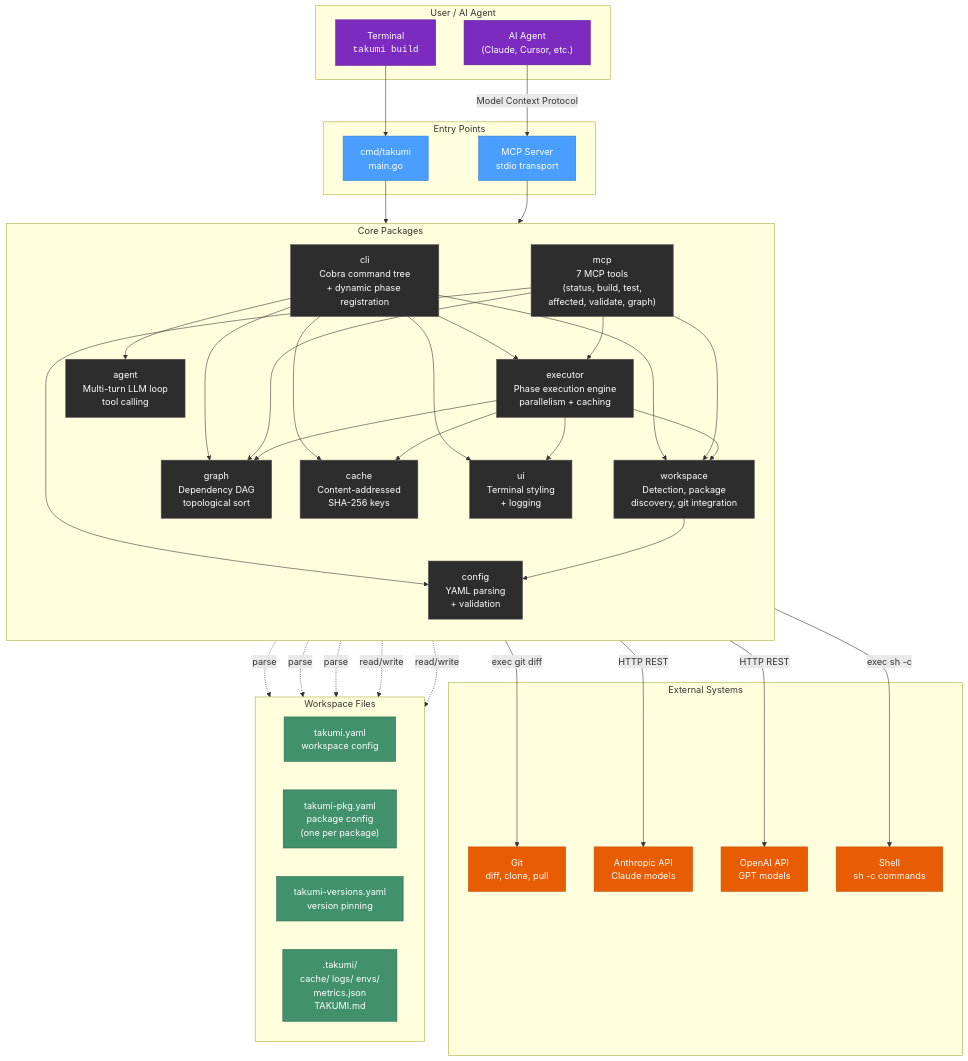
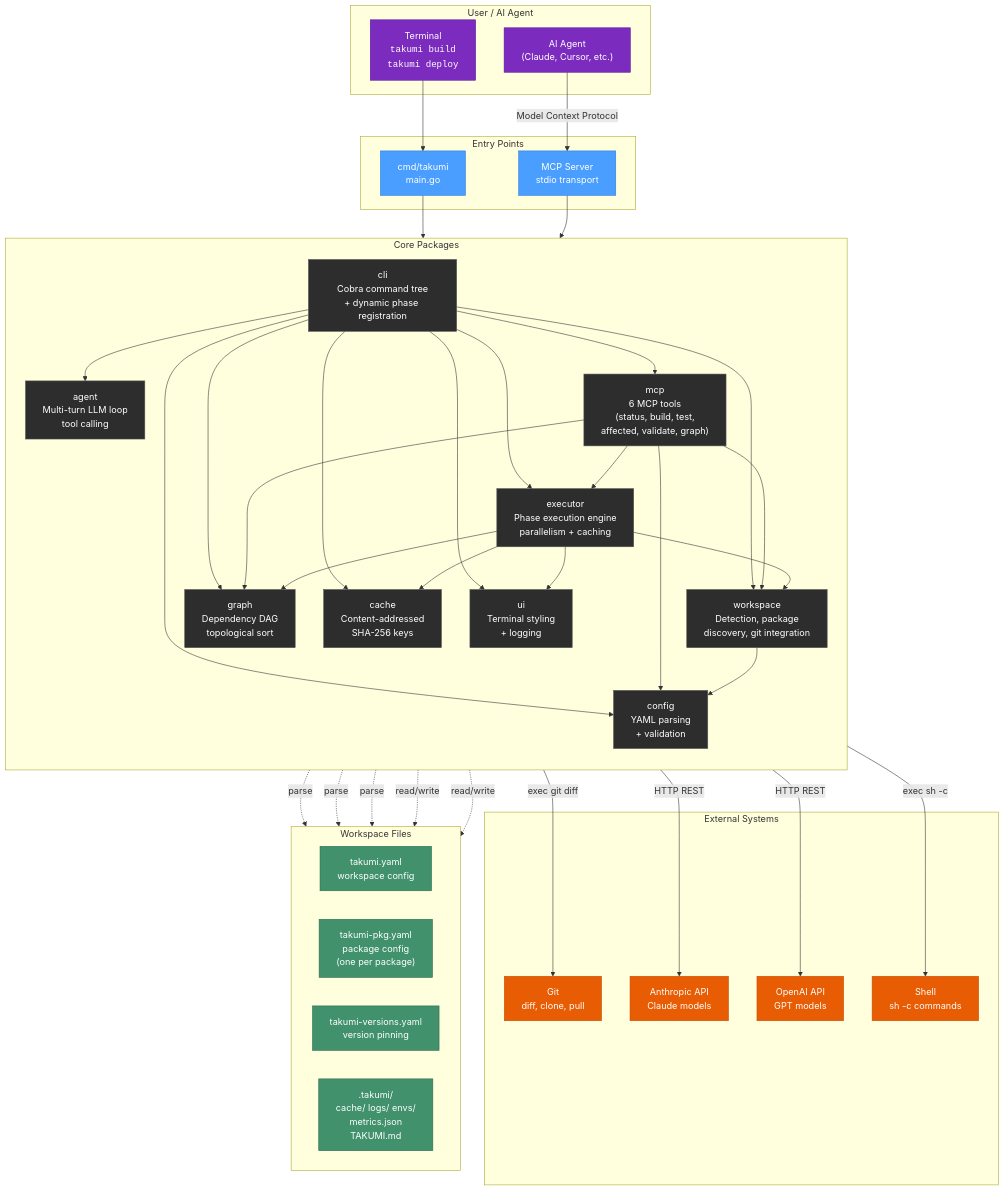
Before and after one commit to T-Fizz/takumi: the first of 7 diagrams in docs/dev/architecture-diagram.md, drawn with Mermaid. The commit also changed other lines of this file and 12 other files, not shown here.

First line of the commit message:
Remove takumi_diagnose zombie and fix architecture diagrams

````diff
--- a/docs/dev/architecture-diagram.md
+++ b/docs/dev/architecture-diagram.md
@@ -5,7 +5,7 @@
 ```mermaid
 graph TB
     subgraph User["User / AI Agent"]
-        CLI_USER["Terminal<br/><code>takumi build</code>"]
+        CLI_USER["Terminal<br/><code>takumi build</code><br/><code>takumi deploy</code>"]
         MCP_CLIENT["AI Agent<br/>(Claude, Cursor, etc.)"]
     end
 
@@ -24,7 +24,7 @@
         direction TB
 
         CLI["cli<br/>Cobra command tree<br/>+ dynamic phase registration"]
-        MCP["mcp<br/>7 MCP tools<br/>(status, build, test,<br/>affected, validate, graph)"]
+        MCP["mcp<br/>6 MCP tools<br/>(status, build, test,<br/>affected, validate, graph)"]
 
         WS["workspace<br/>Detection, package<br/>discovery, git integration"]
         CFG["config<br/>YAML parsing<br/>+ validation"]
@@ -41,8 +41,10 @@
     CLI --> EXEC
     CLI --> GRAPH
     CLI --> CACHE
+    CLI --> CFG
     CLI --> AGENT_PKG
     CLI --> UI
+    CLI --> MCP
 
     MCP --> WS
     MCP --> EXEC
````
